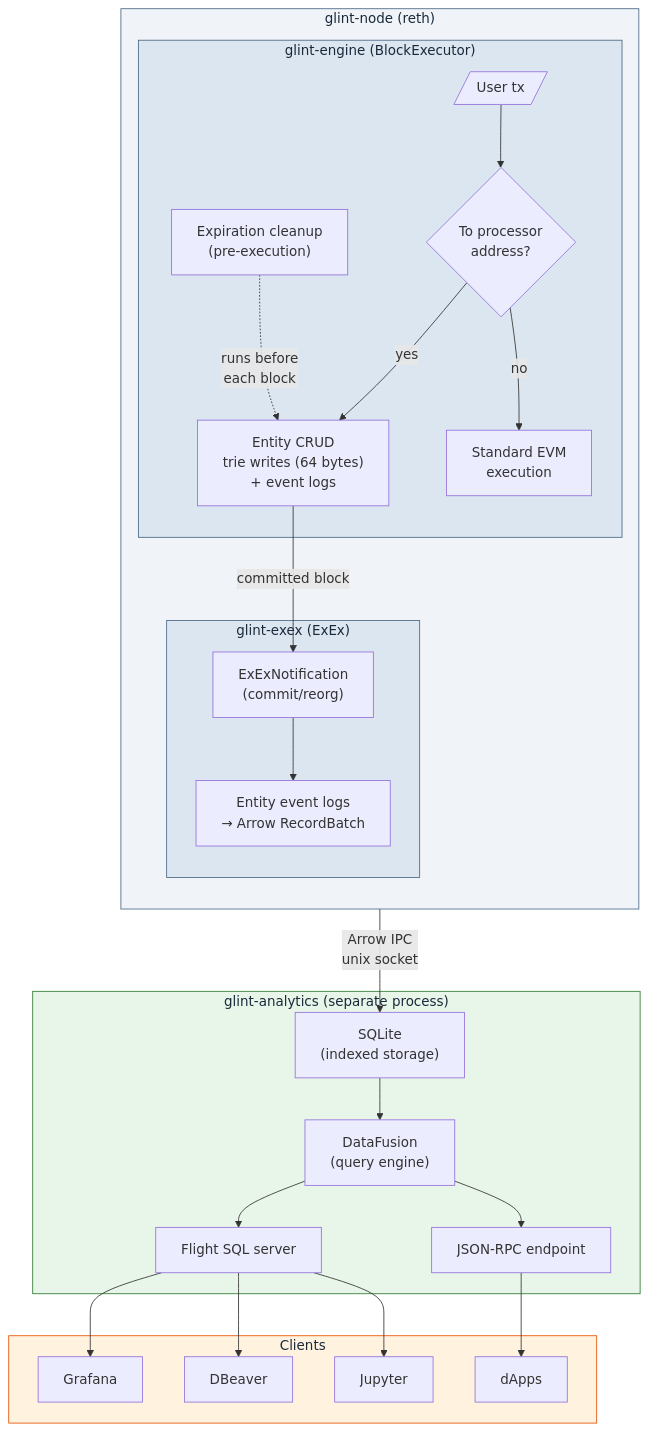
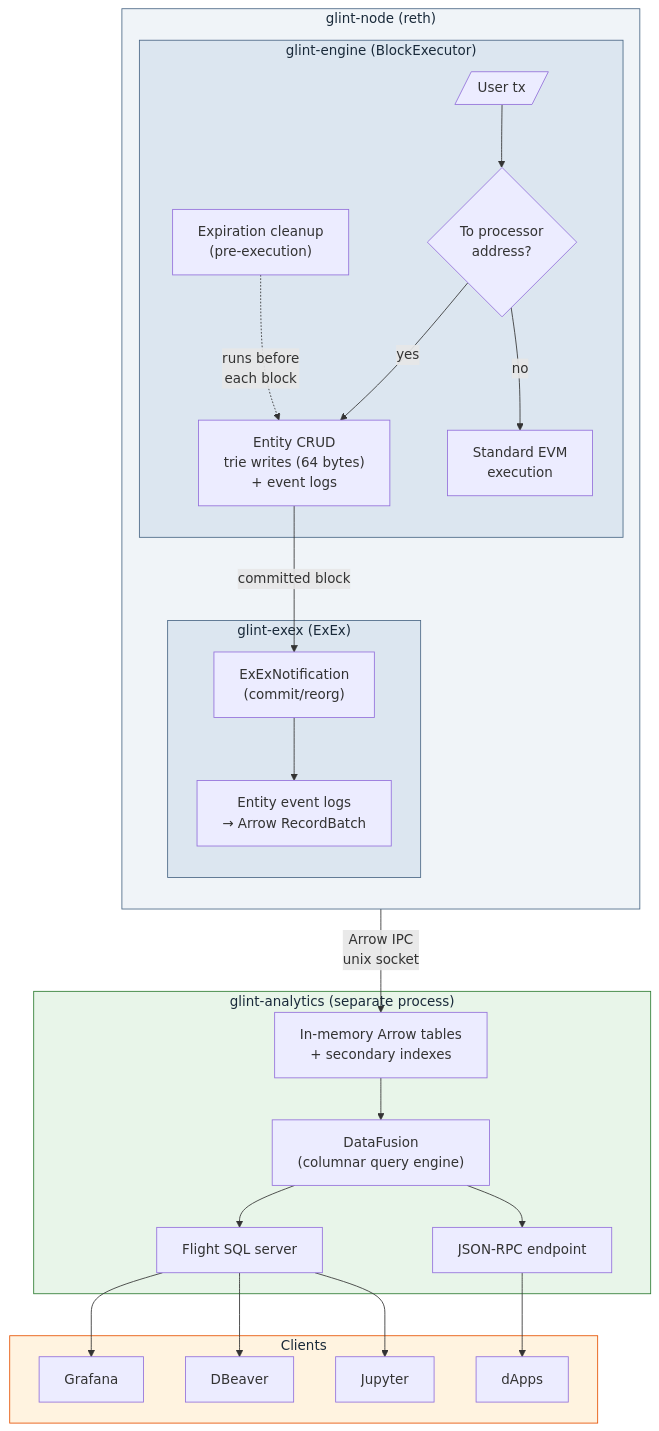
The diagram in README.md (vaporif/glint), drawn with Mermaid before and after one commit. The commit also changed other lines of this file, not shown here.

````diff
--- a/README.md
+++ b/README.md
@@ -37,57 +37,57 @@
 ```mermaid
 graph TB
     subgraph node["glint-node (reth)"]
         direction TB
 
         subgraph engine["glint-engine (BlockExecutor)"]
             tx_in[/"User tx"/]
             check{To processor<br/>address?}
             crud["Entity CRUD<br/>trie writes (64 bytes)<br/>+ event logs"]
             evm["Standard EVM<br/>execution"]
             expire["Expiration cleanup<br/>(pre-execution)"]
 
             tx_in --> check
             check -->|yes| crud
             check -->|no| evm
             expire -.->|runs before<br/>each block| crud
         end
 
         subgraph exex["glint-exex (ExEx)"]
             notify["ExExNotification<br/>(commit/reorg)"]
             arrow["Entity event logs<br/>→ Arrow RecordBatch"]
             notify --> arrow
         end
 
         crud -->|committed block| notify
     end
 
     subgraph analytics["glint-analytics (separate process)"]
-        sqlite["SQLite<br/>(indexed storage)"]
-        df["DataFusion<br/>(query engine)"]
+        store["In-memory Arrow tables<br/>+ secondary indexes"]
+        df["DataFusion<br/>(columnar query engine)"]
         flight["Flight SQL server"]
         rpc["JSON-RPC endpoint"]
-        sqlite --> df
+        store --> df
         df --> flight
         df --> rpc
     end
 
-    arrow -->|Arrow IPC<br/>unix socket| sqlite
+    arrow -->|Arrow IPC<br/>unix socket| store
 
     subgraph clients["Clients"]
         grafana["Grafana"]
         dbeaver["DBeaver"]
         jupyter["Jupyter"]
         app["dApps"]
     end
 
     flight --> grafana
     flight --> dbeaver
     flight --> jupyter
     rpc --> app
 
     style node fill:#f0f4f8,stroke:#4a6785,color:#1a2a3a
     style engine fill:#dce6f0,stroke:#4a6785,color:#1a2a3a
     style exex fill:#dce6f0,stroke:#4a6785,color:#1a2a3a
     style analytics fill:#e8f5e9,stroke:#2e7d32,color:#1a2a3a
     style clients fill:#fff3e0,stroke:#e65100,color:#1a2a3a
 ```
````
